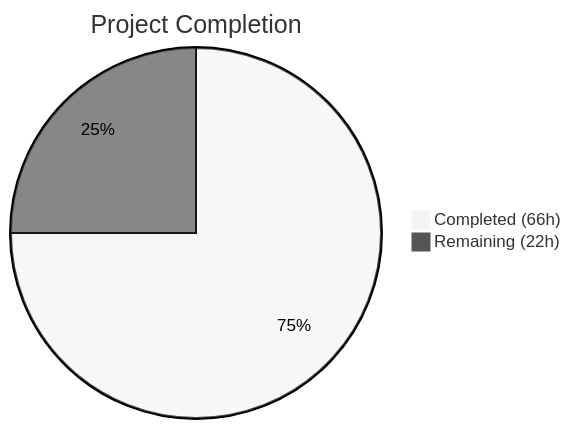
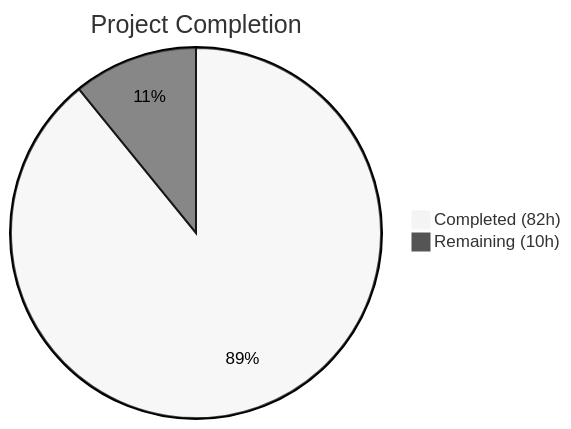
The first of 2 diagrams in blitzy/documentation/Project Guide.md (Blitzy-Sandbox/blitzy-formbricks), drawn with Mermaid (neutral theme) before and after one commit. The commit also changed other lines of this file, not shown here.

Commit message:
Adding Blitzy Project Guide: Project Status and Human Tasks Remaining

````diff
--- a/blitzy/documentation/Project Guide.md
+++ b/blitzy/documentation/Project Guide.md
@@ -13,5 +13,5 @@
 ```mermaid
 pie title Project Completion
-    "Completed (66h)" : 66
-    "Remaining (22h)" : 22
+    "Completed (82h)" : 82
+    "Remaining (10h)" : 10
 ```
````
